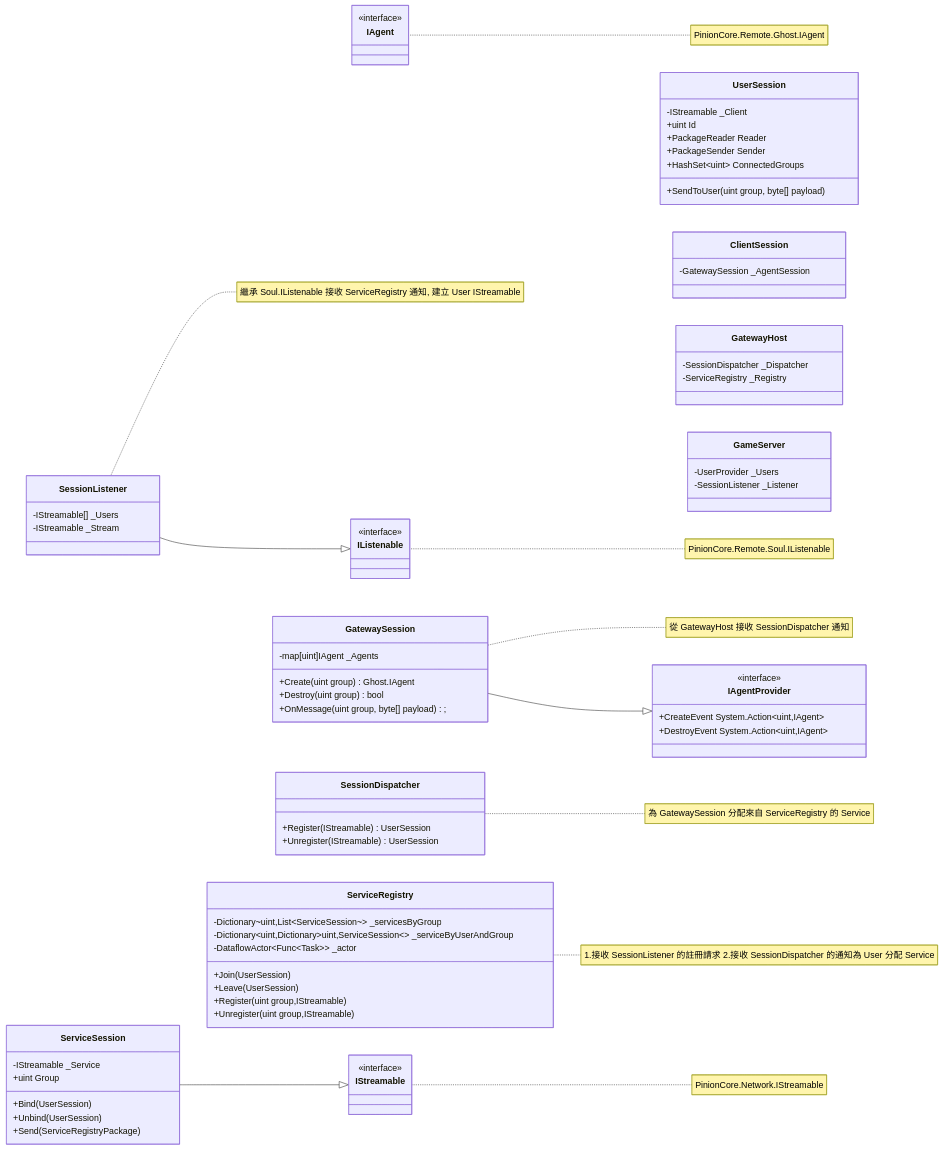
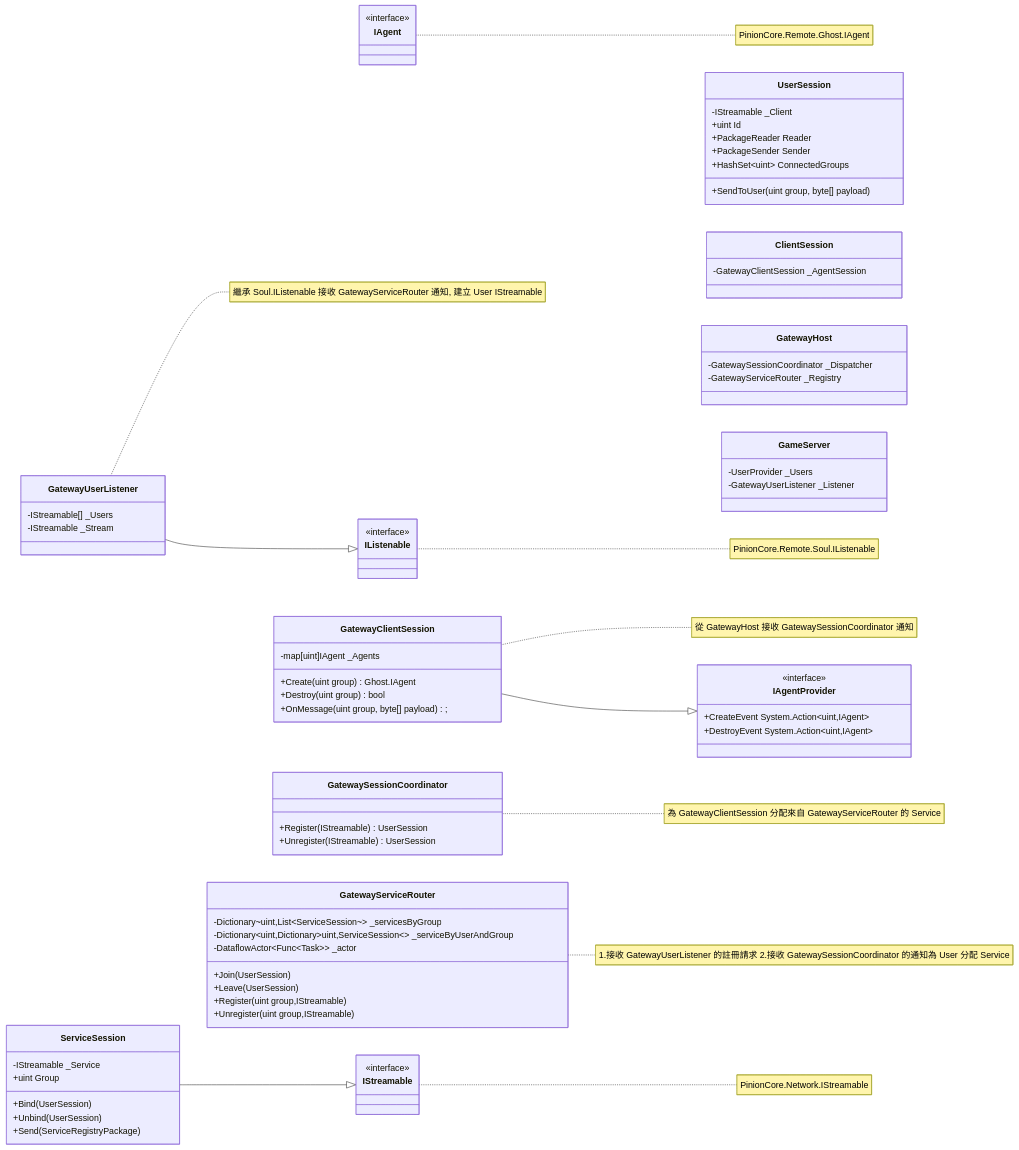
Before and after one commit to jiowchern/PinionCore.Remote: the third of 6 diagrams in PinionCore.Remote.Gateway/design.md, drawn with Mermaid. The commit also changed other lines of this file and 5 other files, not shown here.

First line of the commit message:
新增 GatewayServiceRouter 和 GatewayUserListener 測試

````diff
--- a/PinionCore.Remote.Gateway/design.md
+++ b/PinionCore.Remote.Gateway/design.md
@@ -92,8 +92,8 @@
 	    +DestroyEvent System.Action~uint,IAgent~
     }
 
-    note for GatewaySession "從 GatewayHost 接收 SessionDispatcher 通知"
-    class GatewaySession {
+    note for GatewayClientSession "從 GatewayHost 接收 GatewaySessionCoordinator 通知"
+    class GatewayClientSession {
 	    -map[uint]IAgent _Agents
 	    +Create(uint group) Ghost.IAgent
 	    +Destroy(uint group) bool
@@ -107,8 +107,8 @@
 	    +HashSet~uint~ ConnectedGroups
 	    +SendToUser(uint group, byte[] payload)
     }
-    note for SessionDispatcher "為 GatewaySession 分配來自 ServiceRegistry 的 Service"
-    class SessionDispatcher {
+    note for GatewaySessionCoordinator "為 GatewayClientSession 分配來自 GatewayServiceRouter 的 Service"
+    class GatewaySessionCoordinator {
 	    +Register(IStreamable) UserSession
 	    +Unregister(IStreamable) UserSession
     }
@@ -120,8 +120,8 @@
 	    +Send(ServiceRegistryPackage)
     }
 
-    note for ServiceRegistry "1.接收 SessionListener 的註冊請求 2.接收 SessionDispatcher 的通知為 User 分配 Service"
-    class ServiceRegistry {
+    note for GatewayServiceRouter "1.接收 GatewayUserListener 的註冊請求 2.接收 GatewaySessionCoordinator 的通知為 User 分配 Service"
+    class GatewayServiceRouter {
 	    -Dictionary~uint,List~ServiceSession~~ _servicesByGroup
 	    -Dictionary~uint,Dictionary~uint,ServiceSession~~ _serviceByUserAndGroup
 	    -DataflowActor~Func~Task~~ _actor
@@ -131,30 +131,30 @@
 	    +Unregister(uint group,IStreamable)
     }
 
-    note for SessionListener "繼承 Soul.IListenable 接收 ServiceRegistry 通知, 建立 User IStreamable"
-    class SessionListener {
+    note for GatewayUserListener "繼承 Soul.IListenable 接收 GatewayServiceRouter 通知, 建立 User IStreamable"
+    class GatewayUserListener {
         -IStreamable[] _Users
 	    -IStreamable _Stream
     }
     class ClientSession {
-        -GatewaySession _AgentSession
+        -GatewayClientSession _AgentSession
     }
 
     class GatewayHost {
-        -SessionDispatcher _Dispatcher
-        -ServiceRegistry _Registry
+        -GatewaySessionCoordinator _Dispatcher
+        -GatewayServiceRouter _Registry
     }
 
     class GameServer {
         -UserProvider _Users
-        -SessionListener _Listener
+        -GatewayUserListener _Listener
     }
 	<<interface>> IAgent
 	<<interface>> IStreamable
 	<<interface>> IListenable
 	<<interface>> IAgentProvider
-    IAgentProvider <|-- GatewaySession
+    IAgentProvider <|-- GatewayClientSession
     IStreamable <|-- ServiceSession
-    IListenable <|-- SessionListener
+    IListenable <|-- GatewayUserListener
 
 ```
````
